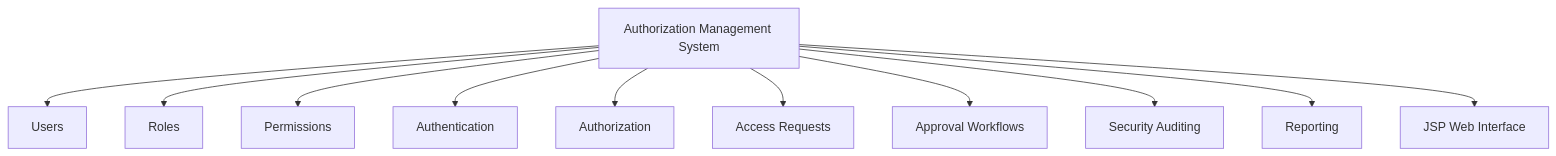
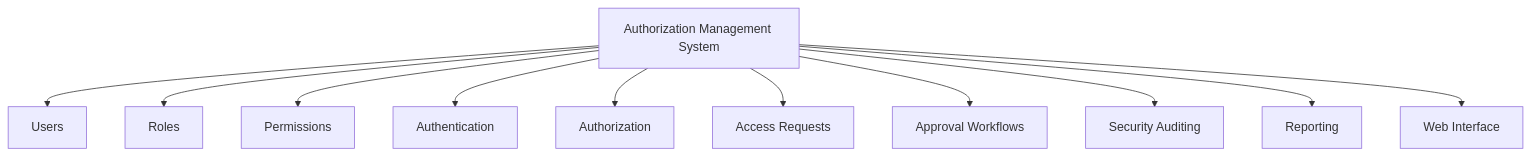
The first of 21 diagrams in README.md (MotionPrograming/AuthorizationManagementSystem), drawn with Mermaid before and after one commit. The commit also changed other lines of this file, not shown here.

````diff
--- a/README.md
+++ b/README.md
@@ -44,26 +44,26 @@
 ```mermaid
 flowchart TB
     AMS["Authorization Management System"]
 
     USER["Users"]
     ROLE["Roles"]
     PERM["Permissions"]
     AUTHN["Authentication"]
     AUTHZ["Authorization"]
     ACCESS["Access Requests"]
     APPROVAL["Approval Workflows"]
     AUDIT["Security Auditing"]
     REPORT["Reporting"]
-    UI["JSP Web Interface"]
+    UI["Web Interface"]
 
     AMS --> USER
     AMS --> ROLE
     AMS --> PERM
     AMS --> AUTHN
     AMS --> AUTHZ
     AMS --> ACCESS
     AMS --> APPROVAL
     AMS --> AUDIT
     AMS --> REPORT
     AMS --> UI
 ```
````
